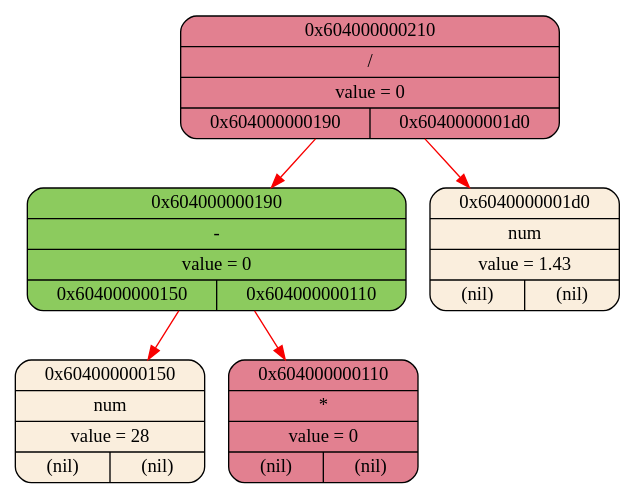
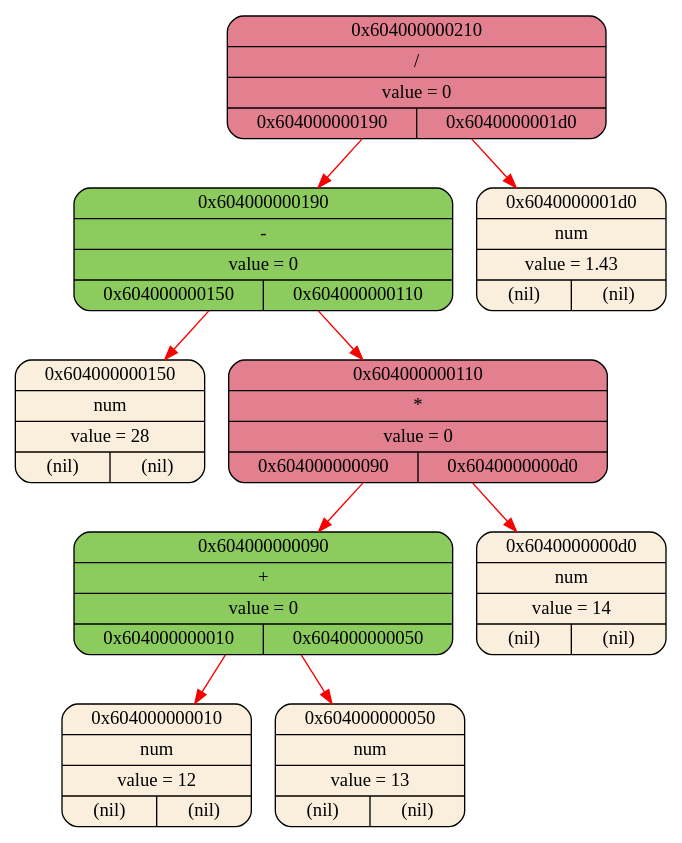
Before and after one commit to 2APetrin/differentiator: the diagram in logs/log_graphviz.dot, drawn with Graphviz. The commit also changed 11 other files, not shown here.

```diff
--- a/logs/log_graphviz.dot
+++ b/logs/log_graphviz.dot
@@ -1,12 +1,20 @@
 digraph
 {
     node_0x604000000150[shape = Mrecord, label = "{{0x604000000150} | {num} | {value = 28} | {(nil) | (nil)}}", style = "filled", fillcolor = "#FAEEDD"];
-    node_0x604000000110[shape = Mrecord, label = "{{0x604000000110} | {*} | {value = 0} | {(nil) | (nil)}}", style = "filled", fillcolor = "#E28090"];
+    node_0x604000000010[shape = Mrecord, label = "{{0x604000000010} | {num} | {value = 12} | {(nil) | (nil)}}", style = "filled", fillcolor = "#FAEEDD"];
+    node_0x604000000050[shape = Mrecord, label = "{{0x604000000050} | {num} | {value = 13} | {(nil) | (nil)}}", style = "filled", fillcolor = "#FAEEDD"];
+    node_0x604000000090[shape = Mrecord, label = "{{0x604000000090} | {+} | {value = 0} | {0x604000000010 | 0x604000000050}}", style = "filled", fillcolor = "#8CCB5E"];
+    node_0x6040000000d0[shape = Mrecord, label = "{{0x6040000000d0} | {num} | {value = 14} | {(nil) | (nil)}}", style = "filled", fillcolor = "#FAEEDD"];
+    node_0x604000000110[shape = Mrecord, label = "{{0x604000000110} | {*} | {value = 0} | {0x604000000090 | 0x6040000000d0}}", style = "filled", fillcolor = "#E28090"];
     node_0x604000000190[shape = Mrecord, label = "{{0x604000000190} | {-} | {value = 0} | {0x604000000150 | 0x604000000110}}", style = "filled", fillcolor = "#8CCB5E"];
     node_0x6040000001d0[shape = Mrecord, label = "{{0x6040000001d0} | {num} | {value = 1.43} | {(nil) | (nil)}}", style = "filled", fillcolor = "#FAEEDD"];
     node_0x604000000210[shape = Mrecord, label = "{{0x604000000210} | {/} | {value = 0} | {0x604000000190 | 0x6040000001d0}}", style = "filled", fillcolor = "#E28090"];
     node_0x604000000210->node_0x604000000190 [color = "#F80000"];
     node_0x604000000190->node_0x604000000150 [color = "#F80000"];
     node_0x604000000190->node_0x604000000110 [color = "#F80000"];
+    node_0x604000000110->node_0x604000000090 [color = "#F80000"];
+    node_0x604000000090->node_0x604000000010 [color = "#F80000"];
+    node_0x604000000090->node_0x604000000050 [color = "#F80000"];
+    node_0x604000000110->node_0x6040000000d0 [color = "#F80000"];
     node_0x604000000210->node_0x6040000001d0 [color = "#F80000"];
 }
```
